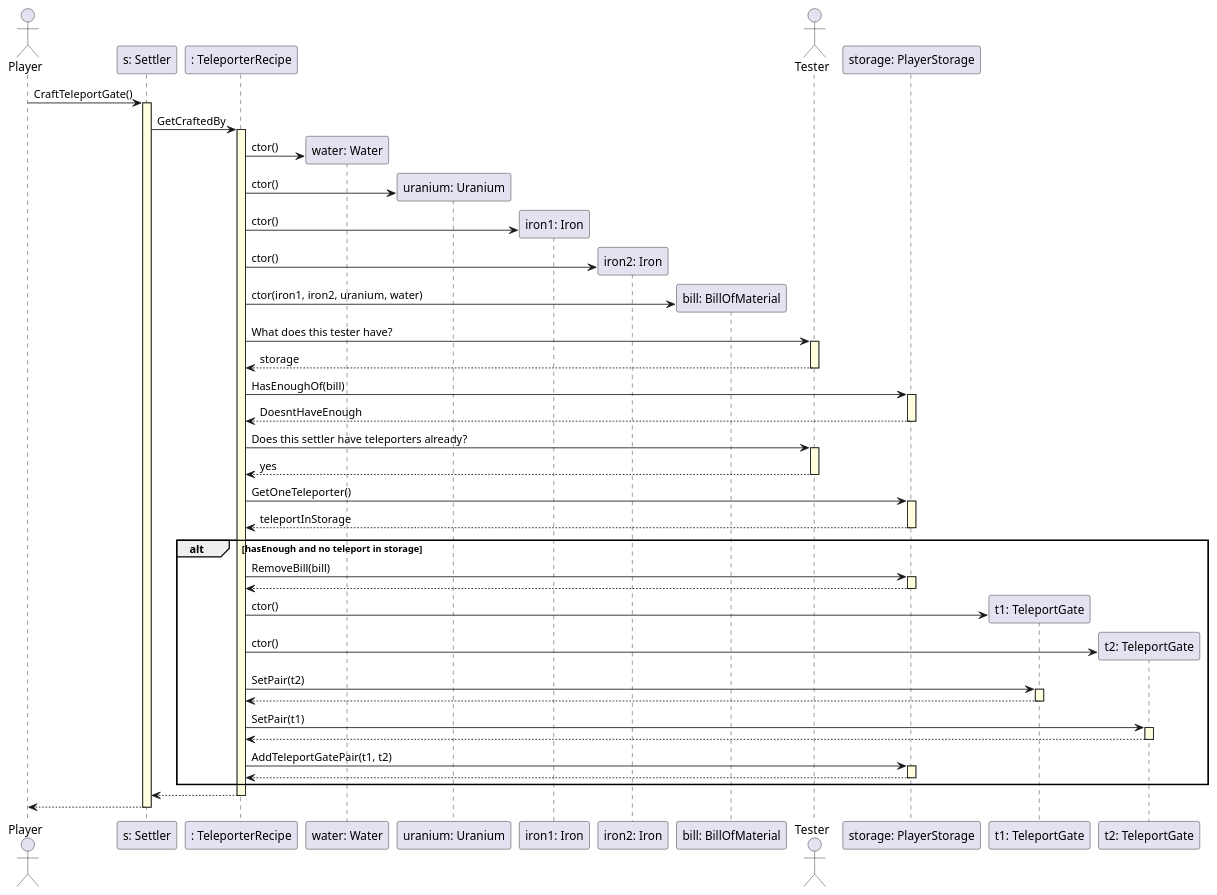
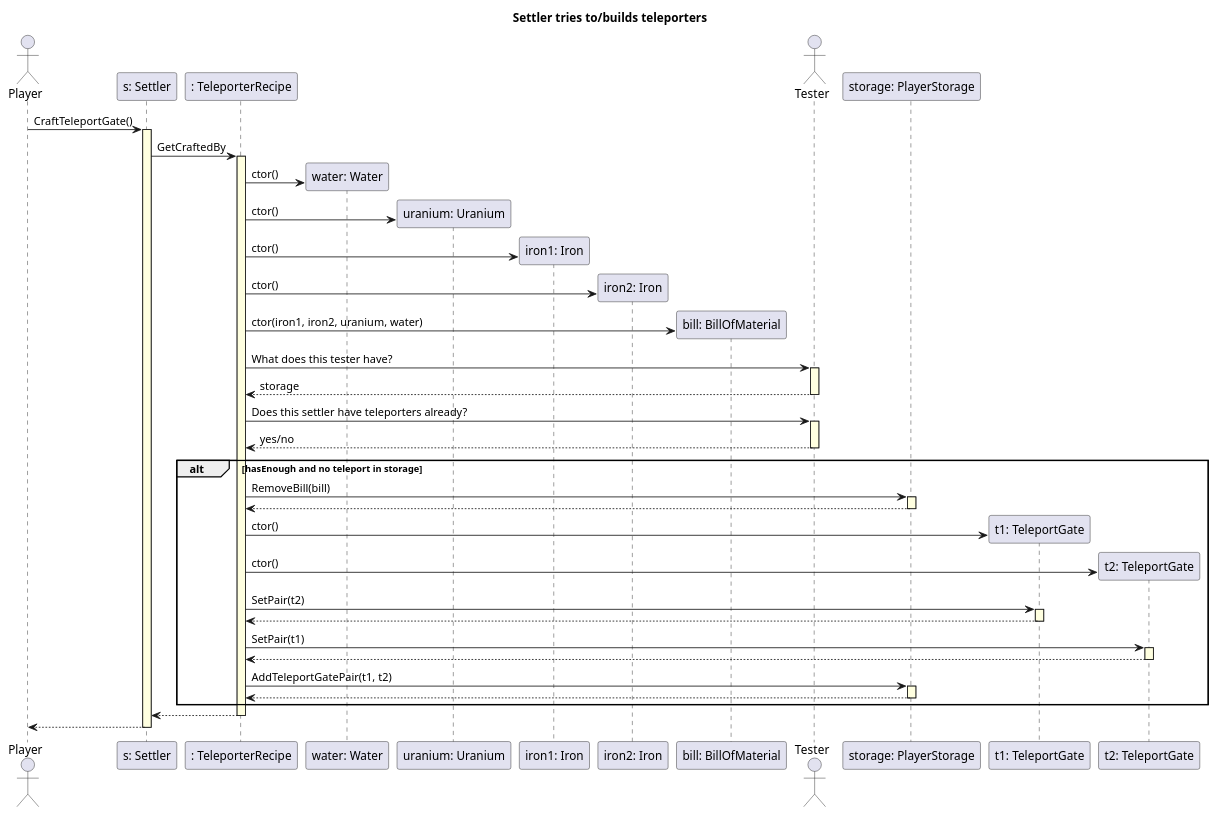
One commit to bbucsy/projlab_holy_oil changed the diagram in uml/skeleton.plantuml. Above: the diagram before and after it, drawn with PlantUML. The commit also changed 10 other files, not shown here.

```diff
--- a/uml/skeleton.plantuml
+++ b/uml/skeleton.plantuml
@@ -1,60 +1,58 @@
 @startuml
 
 skinparam SequenceLifeLineBackgroundColor LightYellow
+
+title "Settler tries to/builds teleporters"
 
 actor Player as player
 participant "s: Settler" as settler
 participant ": TeleporterRecipe" as TeleporterRecipe
 
 
 player -> settler ++ : CraftTeleportGate()
 settler -> TeleporterRecipe ++: GetCraftedBy
 
 
 participant "water: Water" as water
 TeleporterRecipe -> water ** : ctor()
 participant "uranium: Uranium" as uranium
 TeleporterRecipe -> uranium ** : ctor()
 participant "iron1: Iron" as iron1
 participant "iron2: Iron" as iron2
 TeleporterRecipe -> iron1 ** : ctor()
 TeleporterRecipe -> iron2 ** : ctor()
 
 participant "bill: BillOfMaterial" as bill
 TeleporterRecipe -> bill ** : ctor(iron1, iron2, uranium, water)
 
 actor Tester as tester
 TeleporterRecipe -> tester ++: What does this tester have?
 tester --> TeleporterRecipe --: storage
 participant "storage: PlayerStorage" as storage
-TeleporterRecipe -> storage ++ : HasEnoughOf(bill)
-storage --> TeleporterRecipe  --: DoesntHaveEnough
 TeleporterRecipe -> tester ++: Does this settler have teleporters already?
-tester --> TeleporterRecipe --: yes
-TeleporterRecipe -> storage  ++ : GetOneTeleporter()
-storage --> TeleporterRecipe -- : teleportInStorage
+tester --> TeleporterRecipe --: yes/no
 
 alt hasEnough and no teleport in storage
 
     TeleporterRecipe -> storage ++ : RemoveBill(bill)
     storage --> TeleporterRecipe --
 
     participant "t1: TeleportGate" as teleport1
     participant "t2: TeleportGate" as teleport2
     TeleporterRecipe -> teleport1 ** : ctor()
     TeleporterRecipe -> teleport2 ** : ctor()
 
     TeleporterRecipe -> teleport1 ++ : SetPair(t2)
     teleport1 --> TeleporterRecipe --
     TeleporterRecipe -> teleport2 ++ : SetPair(t1)
     teleport2 --> TeleporterRecipe --
     TeleporterRecipe -> storage ++: AddTeleportGatePair(t1, t2)
     storage --> TeleporterRecipe --
 
 end
 
 TeleporterRecipe --> settler --
 
 settler --> player --
 
 @enduml
```
